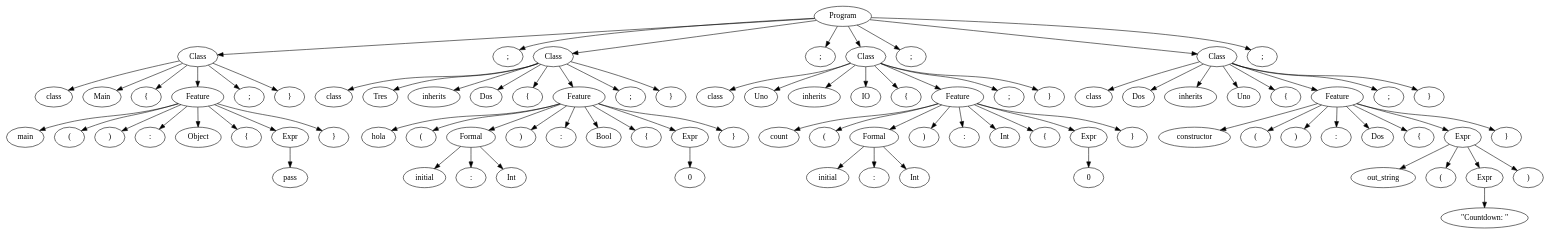
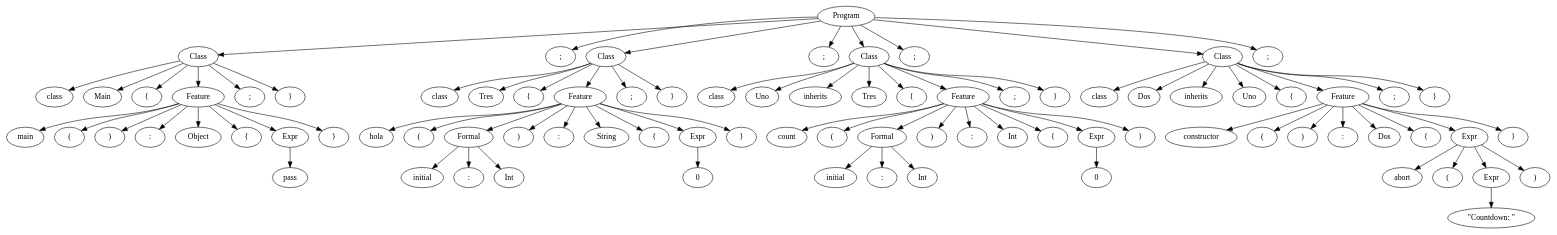
One commit to Manuel-Archila/Proyecto0_CC changed the diagram in output.gv. Above: the diagram before and after it, drawn with Graphviz. The commit also changed 3 other files, not shown here.

```diff
--- a/output.gv
+++ b/output.gv
@@ -1,175 +1,171 @@
 digraph {
 	0 [label=Program]
 	0 -> 1
 	1 [label=Class]
 	1 -> 2
 	2 [label=class]
 	1 -> 3
 	3 [label=Main]
 	1 -> 4
 	4 [label="{"]
 	1 -> 5
 	5 [label=Feature]
 	5 -> 6
 	6 [label=main]
 	5 -> 7
 	7 [label="("]
 	5 -> 8
 	8 [label=")"]
 	5 -> 9
 	9 [label=":"]
 	5 -> 10
 	10 [label=Object]
 	5 -> 11
 	11 [label="{"]
 	5 -> 12
 	12 [label=Expr]
 	12 -> 13
 	13 [label=pass]
 	5 -> 14
 	14 [label="}"]
 	1 -> 15
 	15 [label=";"]
 	1 -> 16
 	16 [label="}"]
 	0 -> 17
 	17 [label=";"]
 	0 -> 18
 	18 [label=Class]
 	18 -> 19
 	19 [label=class]
 	18 -> 20
 	20 [label=Tres]
 	18 -> 21
-	21 [label=inherits]
+	21 [label="{"]
 	18 -> 22
-	22 [label=Dos]
-	18 -> 23
-	23 [label="{"]
-	18 -> 24
-	24 [label=Feature]
-	24 -> 25
-	25 [label=hola]
-	24 -> 26
-	26 [label="("]
-	24 -> 27
-	27 [label=Formal]
-	27 -> 28
-	28 [label=initial]
-	27 -> 29
-	29 [label=":"]
-	27 -> 30
-	30 [label=Int]
-	24 -> 31
-	31 [label=")"]
-	24 -> 32
-	32 [label=":"]
-	24 -> 33
-	33 [label=Bool]
-	24 -> 34
-	34 [label="{"]
-	24 -> 35
-	35 [label=Expr]
-	35 -> 36
-	36 [label=0]
-	24 -> 37
+	22 [label=Feature]
+	22 -> 23
+	23 [label=hola]
+	22 -> 24
+	24 [label="("]
+	22 -> 25
+	25 [label=Formal]
+	25 -> 26
+	26 [label=initial]
+	25 -> 27
+	27 [label=":"]
+	25 -> 28
+	28 [label=Int]
+	22 -> 29
+	29 [label=")"]
+	22 -> 30
+	30 [label=":"]
+	22 -> 31
+	31 [label=String]
+	22 -> 32
+	32 [label="{"]
+	22 -> 33
+	33 [label=Expr]
+	33 -> 34
+	34 [label=0]
+	22 -> 35
+	35 [label="}"]
+	18 -> 36
+	36 [label=";"]
+	18 -> 37
 	37 [label="}"]
-	18 -> 38
+	0 -> 38
 	38 [label=";"]
-	18 -> 39
-	39 [label="}"]
-	0 -> 40
-	40 [label=";"]
-	0 -> 41
-	41 [label=Class]
-	41 -> 42
-	42 [label=class]
-	41 -> 43
-	43 [label=Uno]
-	41 -> 44
-	44 [label=inherits]
-	41 -> 45
-	45 [label=IO]
-	41 -> 46
-	46 [label="{"]
-	41 -> 47
-	47 [label=Feature]
-	47 -> 48
-	48 [label=count]
-	47 -> 49
-	49 [label="("]
-	47 -> 50
-	50 [label=Formal]
-	50 -> 51
-	51 [label=initial]
-	50 -> 52
-	52 [label=":"]
-	50 -> 53
-	53 [label=Int]
-	47 -> 54
-	54 [label=")"]
-	47 -> 55
-	55 [label=":"]
-	47 -> 56
-	56 [label=Int]
-	47 -> 57
-	57 [label="{"]
-	47 -> 58
-	58 [label=Expr]
-	58 -> 59
-	59 [label=0]
-	47 -> 60
+	0 -> 39
+	39 [label=Class]
+	39 -> 40
+	40 [label=class]
+	39 -> 41
+	41 [label=Uno]
+	39 -> 42
+	42 [label=inherits]
+	39 -> 43
+	43 [label=Tres]
+	39 -> 44
+	44 [label="{"]
+	39 -> 45
+	45 [label=Feature]
+	45 -> 46
+	46 [label=count]
+	45 -> 47
+	47 [label="("]
+	45 -> 48
+	48 [label=Formal]
+	48 -> 49
+	49 [label=initial]
+	48 -> 50
+	50 [label=":"]
+	48 -> 51
+	51 [label=Int]
+	45 -> 52
+	52 [label=")"]
+	45 -> 53
+	53 [label=":"]
+	45 -> 54
+	54 [label=Int]
+	45 -> 55
+	55 [label="{"]
+	45 -> 56
+	56 [label=Expr]
+	56 -> 57
+	57 [label=0]
+	45 -> 58
+	58 [label="}"]
+	39 -> 59
+	59 [label=";"]
+	39 -> 60
 	60 [label="}"]
-	41 -> 61
+	0 -> 61
 	61 [label=";"]
-	41 -> 62
-	62 [label="}"]
-	0 -> 63
-	63 [label=";"]
-	0 -> 64
-	64 [label=Class]
-	64 -> 65
-	65 [label=class]
-	64 -> 66
-	66 [label=Dos]
-	64 -> 67
-	67 [label=inherits]
-	64 -> 68
-	68 [label=Uno]
-	64 -> 69
-	69 [label="{"]
-	64 -> 70
-	70 [label=Feature]
-	70 -> 71
-	71 [label=constructor]
-	70 -> 72
-	72 [label="("]
-	70 -> 73
-	73 [label=")"]
-	70 -> 74
-	74 [label=":"]
-	70 -> 75
-	75 [label=Dos]
-	70 -> 76
-	76 [label="{"]
-	70 -> 77
-	77 [label=Expr]
-	77 -> 78
-	78 [label=out_string]
-	77 -> 79
-	79 [label="("]
-	77 -> 80
-	80 [label=Expr]
-	80 -> 81
-	81 [label="\"Countdown: \""]
-	77 -> 82
-	82 [label=")"]
-	70 -> 83
+	0 -> 62
+	62 [label=Class]
+	62 -> 63
+	63 [label=class]
+	62 -> 64
+	64 [label=Dos]
+	62 -> 65
+	65 [label=inherits]
+	62 -> 66
+	66 [label=Uno]
+	62 -> 67
+	67 [label="{"]
+	62 -> 68
+	68 [label=Feature]
+	68 -> 69
+	69 [label=constructor]
+	68 -> 70
+	70 [label="("]
+	68 -> 71
+	71 [label=")"]
+	68 -> 72
+	72 [label=":"]
+	68 -> 73
+	73 [label=Dos]
+	68 -> 74
+	74 [label="{"]
+	68 -> 75
+	75 [label=Expr]
+	75 -> 76
+	76 [label=abort]
+	75 -> 77
+	77 [label="("]
+	75 -> 78
+	78 [label=Expr]
+	78 -> 79
+	79 [label="\"Countdown: \""]
+	75 -> 80
+	80 [label=")"]
+	68 -> 81
+	81 [label="}"]
+	62 -> 82
+	82 [label=";"]
+	62 -> 83
 	83 [label="}"]
-	64 -> 84
+	0 -> 84
 	84 [label=";"]
-	64 -> 85
-	85 [label="}"]
-	0 -> 86
-	86 [label=";"]
 }
```
